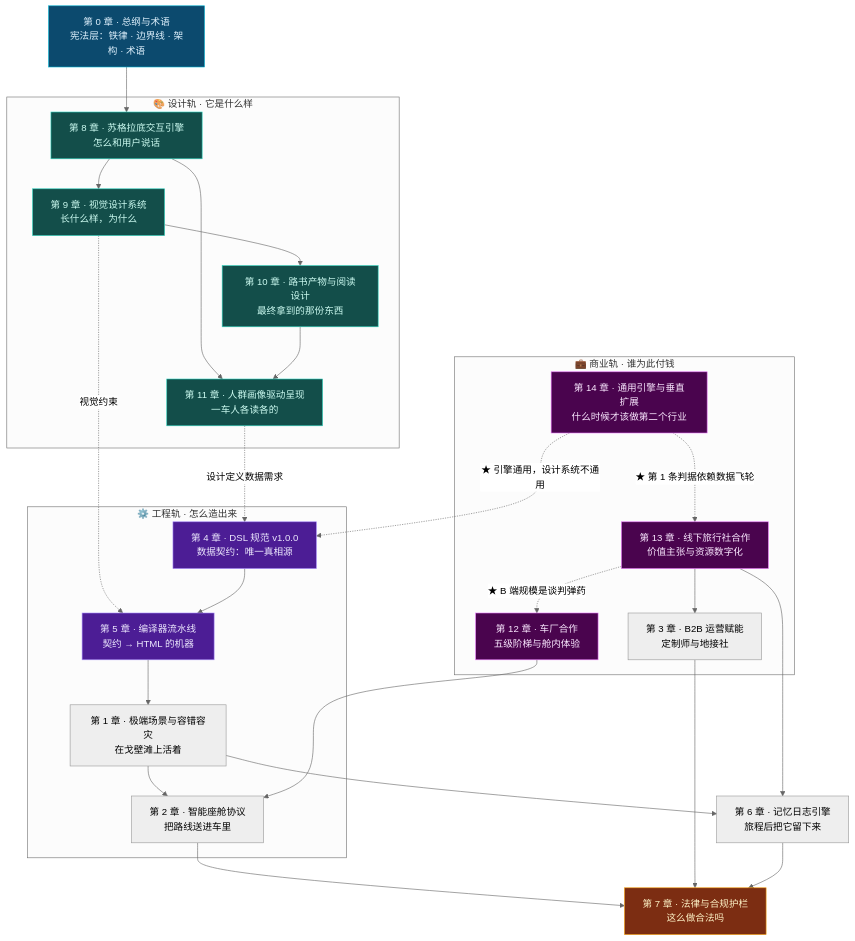
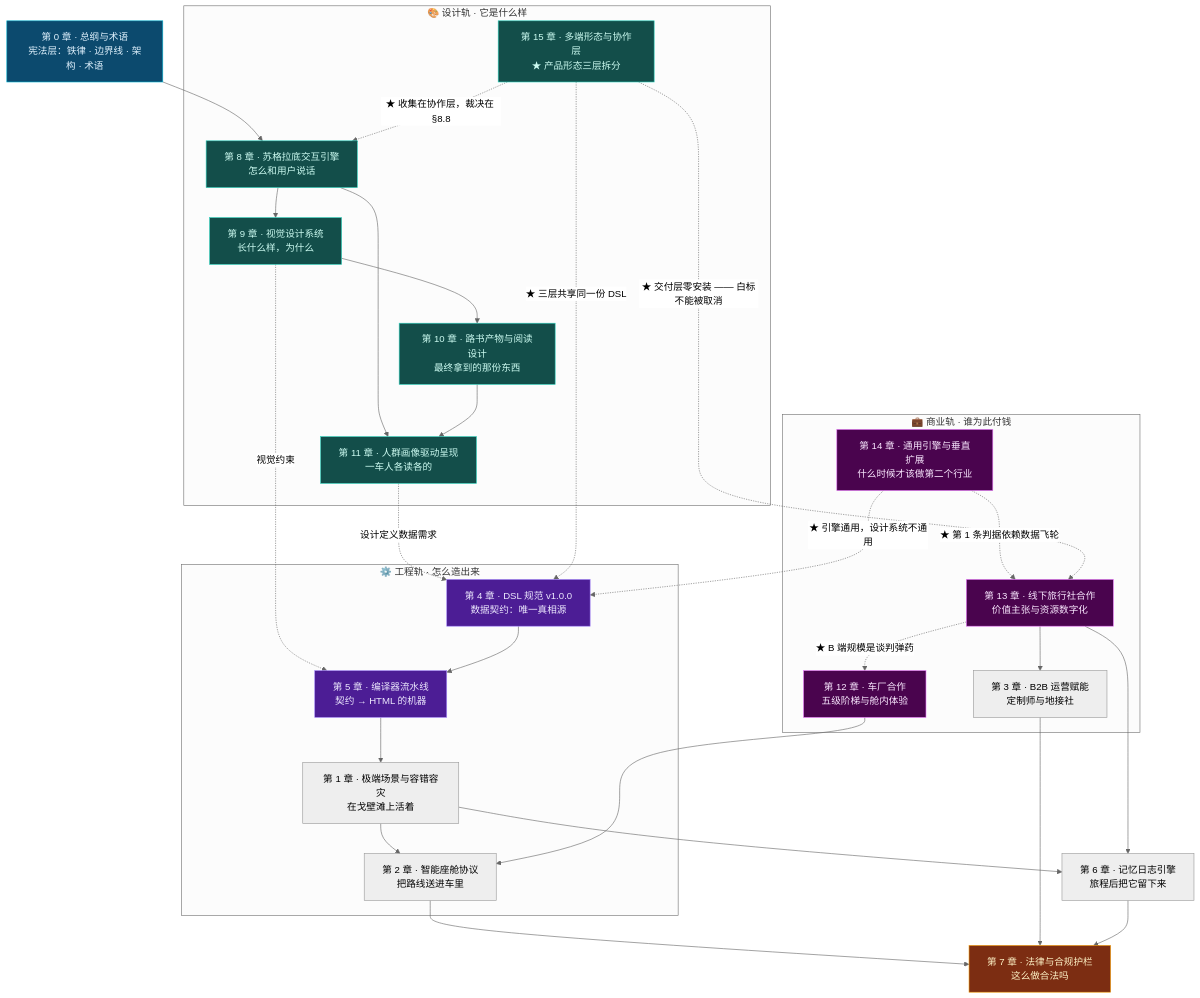
One commit to JohnMaxwell0123/TripCraft changed the diagram in docs/README.md. Above: the diagram before and after it, drawn with Mermaid (neutral theme). The commit also changed other lines of this file and 5 other files, not shown here.

````diff
--- a/docs/README.md
+++ b/docs/README.md
@@ -64,56 +64,61 @@
 ```mermaid
 flowchart TB
     CH0["第 0 章 · 总纲与术语<br/>宪法层：铁律 · 边界线 · 架构 · 术语"]
 
     subgraph DESIGN["🎨 设计轨 · 它是什么样"]
         CH8["第 8 章 · 苏格拉底交互引擎<br/>怎么和用户说话"]
         CH9["第 9 章 · 视觉设计系统<br/>长什么样，为什么"]
         CH10["第 10 章 · 路书产物与阅读设计<br/>最终拿到的那份东西"]
         CH11["第 11 章 · 人群画像驱动呈现<br/>一车人各读各的"]
+        CH15["第 15 章 · 多端形态与协作层<br/>★ 产品形态三层拆分"]
     end
 
     subgraph BIZ["💼 商业轨 · 谁为此付钱"]
         CH13["第 13 章 · 线下旅行社合作<br/>价值主张与资源数字化"]
         CH3["第 3 章 · B2B 运营赋能<br/>定制师与地接社"]
         CH12["第 12 章 · 车厂合作<br/>五级阶梯与舱内体验"]
         CH14["第 14 章 · 通用引擎与垂直扩展<br/>什么时候才该做第二个行业"]
     end
 
     subgraph ENGINE["⚙️ 工程轨 · 怎么造出来"]
         CH4["第 4 章 · DSL 规范 v1.0.0<br/>数据契约：唯一真相源"]
         CH5["第 5 章 · 编译器流水线<br/>契约 → HTML 的机器"]
         CH1["第 1 章 · 极端场景与容错容灾<br/>在戈壁滩上活着"]
         CH2["第 2 章 · 智能座舱协议<br/>把路线送进车里"]
     end
 
     CH6["第 6 章 · 记忆日志引擎<br/>旅程后把它留下来"]
     CH7["第 7 章 · 法律与合规护栏<br/>这么做合法吗"]
 
     CH0 --> CH8
     CH8 --> CH9 --> CH10
     CH8 --> CH11
     CH10 --> CH11
     CH11 -. 设计定义数据需求 .-> CH4
     CH9 -. 视觉约束 .-> CH5
     CH4 --> CH5 --> CH1
     CH1 --> CH2 & CH6
     CH13 --> CH3
     CH13 -. ★ B 端规模是谈判弹药 .-> CH12
     CH12 --> CH2
     CH13 --> CH6
     CH14 -.->|"★ 第 1 条判据依赖数据飞轮"| CH13
     CH14 -.->|"★ 引擎通用，设计系统不通用"| CH4
+    CH15 -.->|"★ 三层共享同一份 DSL"| CH4
+    CH15 -.->|"★ 收集在协作层，裁决在 §8.8"| CH8
+    CH15 -.->|"★ 交付层零安装 —— 白标不能被取消"| CH13
     CH2 & CH3 & CH6 --> CH7
 
     style CH0 fill:#0c4a6e,stroke:#06b6d4,color:#e0f2fe
     style CH4 fill:#4c1d95,stroke:#a78bfa,color:#ede9fe
     style CH5 fill:#4c1d95,stroke:#a78bfa,color:#ede9fe
     style CH7 fill:#7c2d12,stroke:#f59e0b,color:#fef3c7
     style CH8 fill:#134e4a,stroke:#2dd4bf,color:#ccfbf1
     style CH9 fill:#134e4a,stroke:#2dd4bf,color:#ccfbf1
     style CH10 fill:#134e4a,stroke:#2dd4bf,color:#ccfbf1
     style CH11 fill:#134e4a,stroke:#2dd4bf,color:#ccfbf1
     style CH12 fill:#4a044e,stroke:#e879f9,color:#fae8ff
     style CH13 fill:#4a044e,stroke:#e879f9,color:#fae8ff
     style CH14 fill:#4a044e,stroke:#e879f9,color:#fae8ff
+    style CH15 fill:#134e4a,stroke:#2dd4bf,color:#ccfbf1
 ```
````
